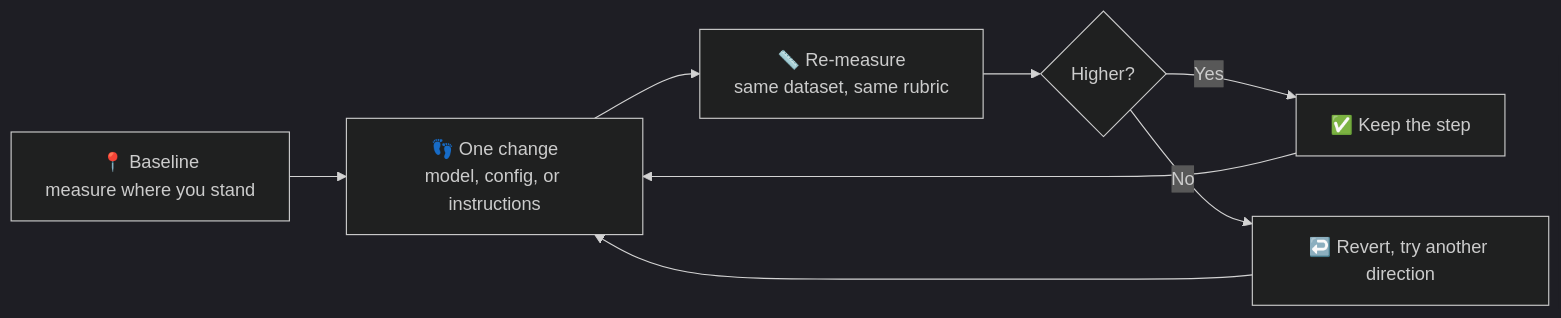
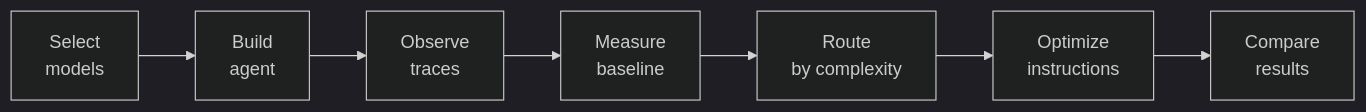
The first of 2 diagrams in foundry/agent-optimization/README.md (nitya/model-mastery), drawn with Mermaid (dark theme) before and after one commit. The commit also changed other lines of this file and 4 other files, not shown here.

````diff
--- a/foundry/agent-optimization/README.md
+++ b/foundry/agent-optimization/README.md
@@ -15,10 +21,9 @@
 ```mermaid
 flowchart LR
-    A["📍 Baseline<br/>measure where you stand"] --> B["👣 One change<br/>model, config, or instructions"]
-    B --> C["📏 Re-measure<br/>same dataset, same rubric"]
-    C --> D{"Higher?"}
-    D -- "Yes" --> E["✅ Keep the step"]
-    D -- "No" --> F["↩️ Revert, try another direction"]
-    E --> B
-    F --> B
+    A["Select<br/>models"] --> B["Build<br/>agent"]
+    B --> C["Observe<br/>traces"]
+    C --> D["Measure<br/>baseline"]
+    D --> E["Route<br/>by complexity"]
+    E --> F["Optimize<br/>instructions"]
+    F --> G["Compare<br/>results"]
 ```
````
